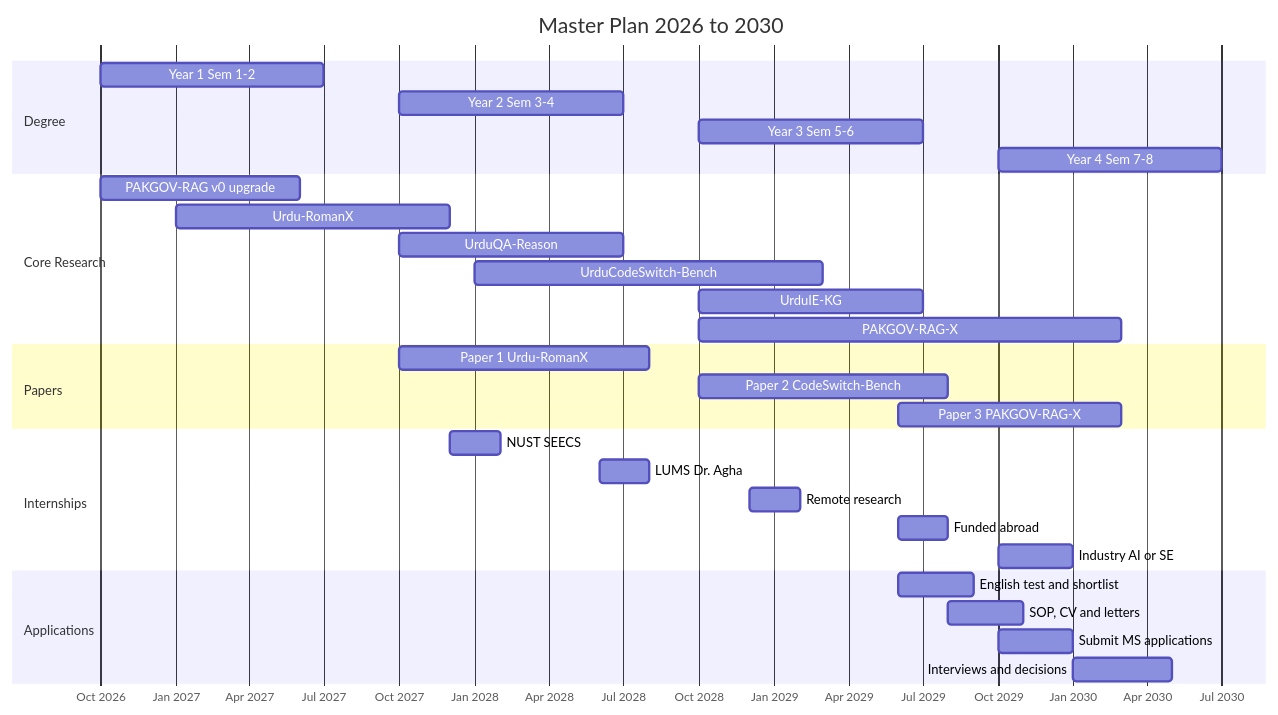
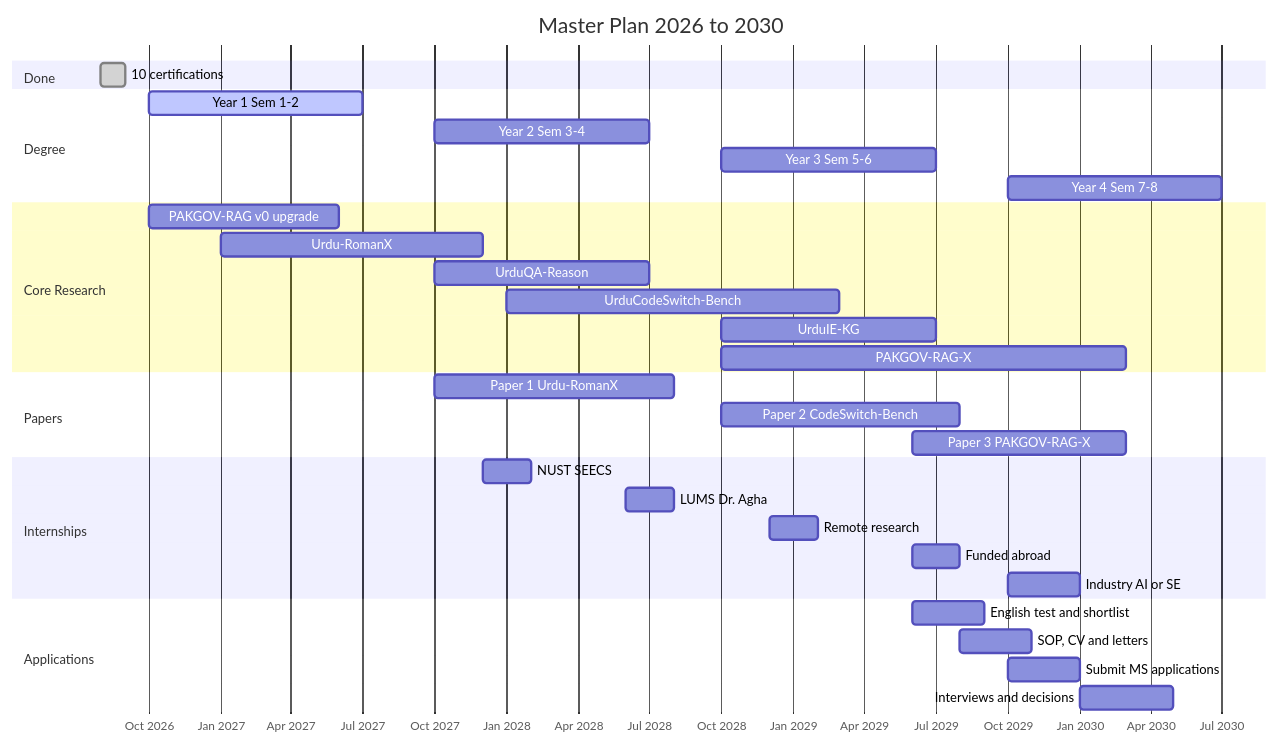
Before and after one commit to salikhussain71-code/salikhussain71-code: the third of 9 diagrams in README.md, drawn with Mermaid. The commit also changed other lines of this file, not shown here.

````diff
--- a/README.md
+++ b/README.md
@@ -137,33 +164,35 @@
 ```mermaid
 gantt
     title Master Plan 2026 to 2030
     dateFormat YYYY-MM
     axisFormat %b %Y
+    section Done
+    10 certifications              :done, 2026-08, 2026-09
     section Degree
-    Year 1 Sem 1-2                 :2026-10, 2027-07
+    Year 1 Sem 1-2                 :active, 2026-10, 2027-07
     Year 2 Sem 3-4                 :2027-10, 2028-07
     Year 3 Sem 5-6                 :2028-10, 2029-07
     Year 4 Sem 7-8                 :2029-10, 2030-07
     section Core Research
     PAKGOV-RAG v0 upgrade          :2026-10, 2027-06
     Urdu-RomanX                    :2027-01, 2027-12
     UrduQA-Reason                  :2027-10, 2028-07
     UrduCodeSwitch-Bench           :2028-01, 2029-03
     UrduIE-KG                      :2028-10, 2029-07
     PAKGOV-RAG-X                   :2028-10, 2030-03
     section Papers
     Paper 1 Urdu-RomanX            :2027-10, 2028-08
     Paper 2 CodeSwitch-Bench       :2028-10, 2029-08
     Paper 3 PAKGOV-RAG-X           :2029-06, 2030-03
     section Internships
     NUST SEECS                     :2027-12, 2028-02
     LUMS Dr. Agha                  :2028-06, 2028-08
     Remote research                :2028-12, 2029-02
     Funded abroad                  :2029-06, 2029-08
     Industry AI or SE              :2029-10, 2030-01
     section Applications
     English test and shortlist     :2029-06, 2029-09
     SOP, CV and letters            :2029-08, 2029-11
     Submit MS applications         :2029-10, 2030-01
     Interviews and decisions       :2030-01, 2030-05
 ```
````
